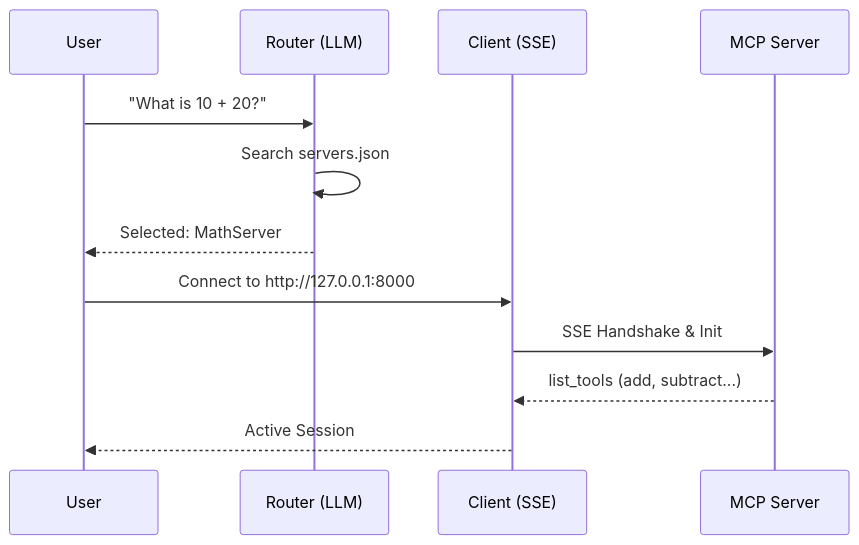
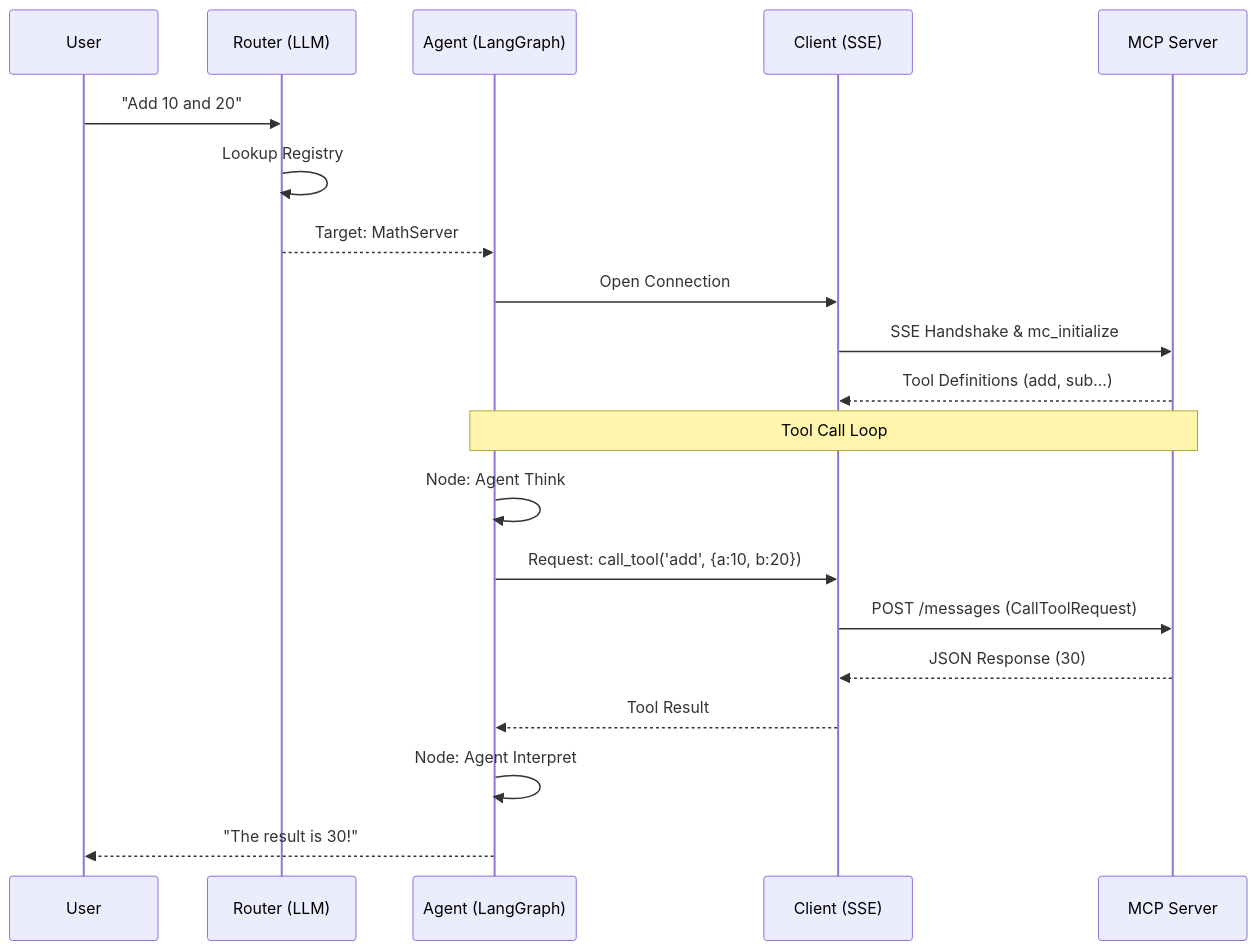
Before and after one commit to mehdi-mirzapour/learn-mcp-lang-graph: the first of 2 diagrams in README.md, drawn with Mermaid. The commit also changed other lines of this file, not shown here.

Commit message:
Update README with detailed MCP tool call diagrams

````diff
--- a/README.md
+++ b/README.md
@@ -24,15 +24,24 @@
 ```mermaid
 sequenceDiagram
     participant U as User
     participant R as Router (LLM)
+    participant A as Agent (LangGraph)
     participant C as Client (SSE)
     participant S as MCP Server
     
-    U->>R: "What is 10 + 20?"
-    R->>R: Search servers.json
-    R-->>U: Selected: MathServer
-    U->>C: Connect to http://127.0.0.1:8000
-    C->>S: SSE Handshake & Init
-    S-->>C: list_tools (add, subtract...)
-    C-->>U: Active Session
+    U->>R: "Add 10 and 20"
+    R->>R: Lookup Registry
+    R-->>A: Target: MathServer
+    A->>C: Open Connection
+    C->>S: SSE Handshake & mc_initialize
+    S-->>C: Tool Definitions (add, sub...)
+    
+    Note over A, S: Tool Call Loop
+    A->>A: Node: Agent Think
+    A->>C: Request: call_tool('add', {a:10, b:20})
+    C->>S: POST /messages (CallToolRequest)
+    S-->>C: JSON Response (30)
+    C-->>A: Tool Result
+    A->>A: Node: Agent Interpret
+    A-->>U: "The result is 30!"
 ```
````
